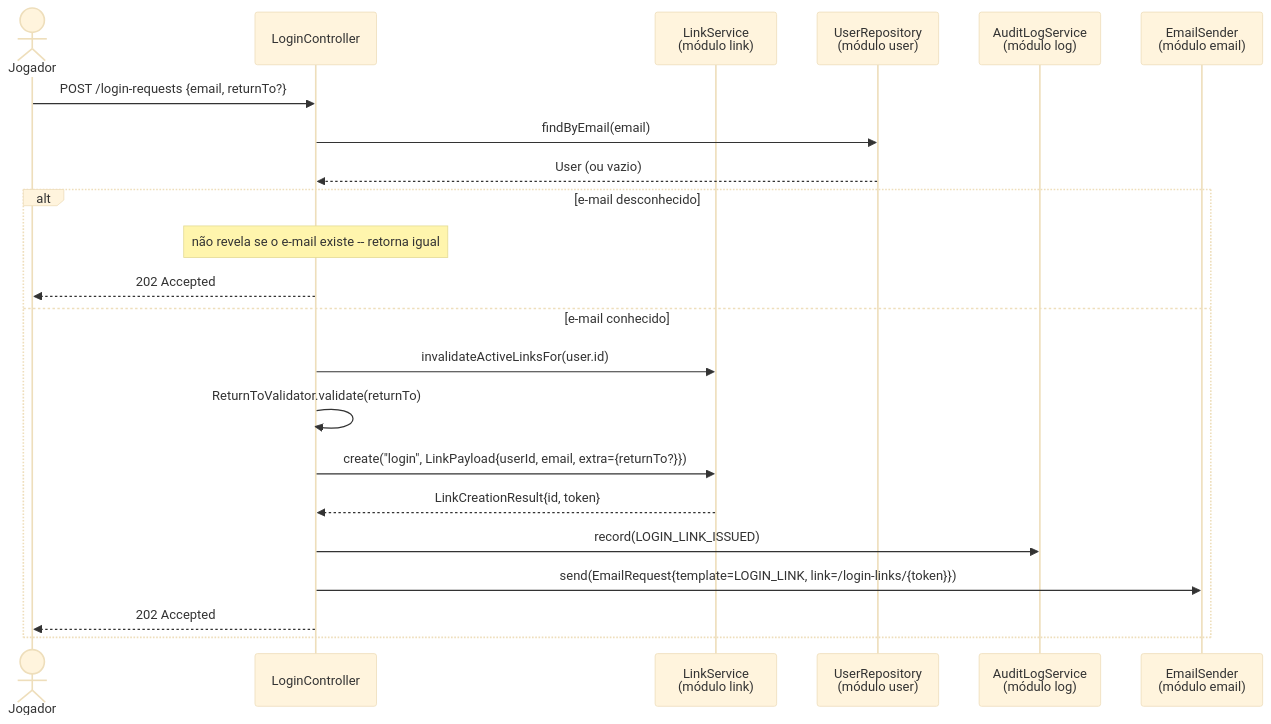
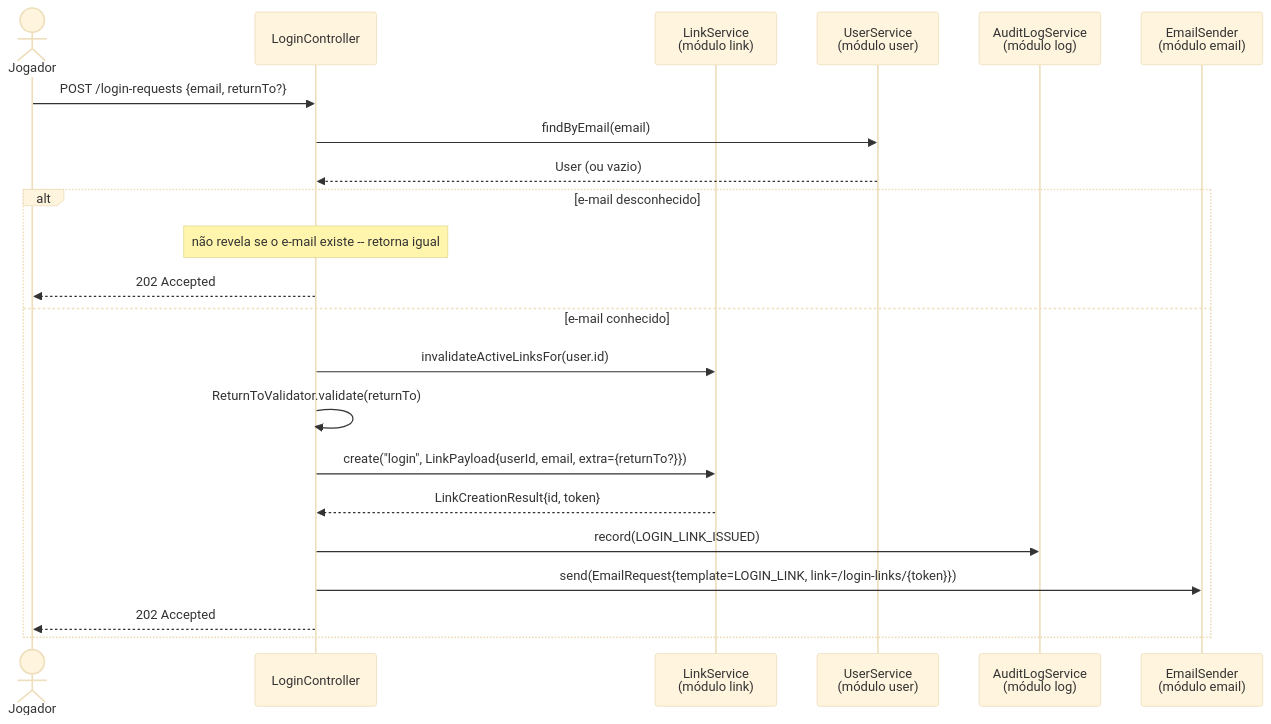
Before and after one commit to lalgarve/jogo-acoes: diagram 14 of 21 in docs/diagrams/modulos.md, drawn with Mermaid (base theme). The commit also changed other lines of this file and 2 other files, not shown here.

First line of the commit message:
docs: update module diagrams and spec 05-029 after implementation

````diff
--- a/docs/diagrams/modulos.md
+++ b/docs/diagrams/modulos.md
@@ -639,25 +669,25 @@
 ```mermaid
 sequenceDiagram
     actor J as Jogador
     participant LC as LoginController
     participant LiS as LinkService<br/>(módulo link)
-    participant UR as UserRepository<br/>(módulo user)
+    participant US as UserService<br/>(módulo user)
     participant AL as AuditLogService<br/>(módulo log)
     participant ES as EmailSender<br/>(módulo email)
 
     J->>LC: POST /login-requests {email, returnTo?}
-    LC->>UR: findByEmail(email)
-    UR-->>LC: User (ou vazio)
+    LC->>US: findByEmail(email)
+    US-->>LC: User (ou vazio)
     alt e-mail desconhecido
         Note over LC: não revela se o e-mail existe -- retorna igual
         LC-->>J: 202 Accepted
     else e-mail conhecido
         LC->>LiS: invalidateActiveLinksFor(user.id)
         LC->>LC: ReturnToValidator.validate(returnTo)
         LC->>LiS: create("login", LinkPayload{userId, email, extra={returnTo?}})
         LiS-->>LC: LinkCreationResult{id, token}
         LC->>AL: record(LOGIN_LINK_ISSUED)
         LC->>ES: send(EmailRequest{template=LOGIN_LINK, link=/login-links/{token}})
         LC-->>J: 202 Accepted
     end
 ```
````
